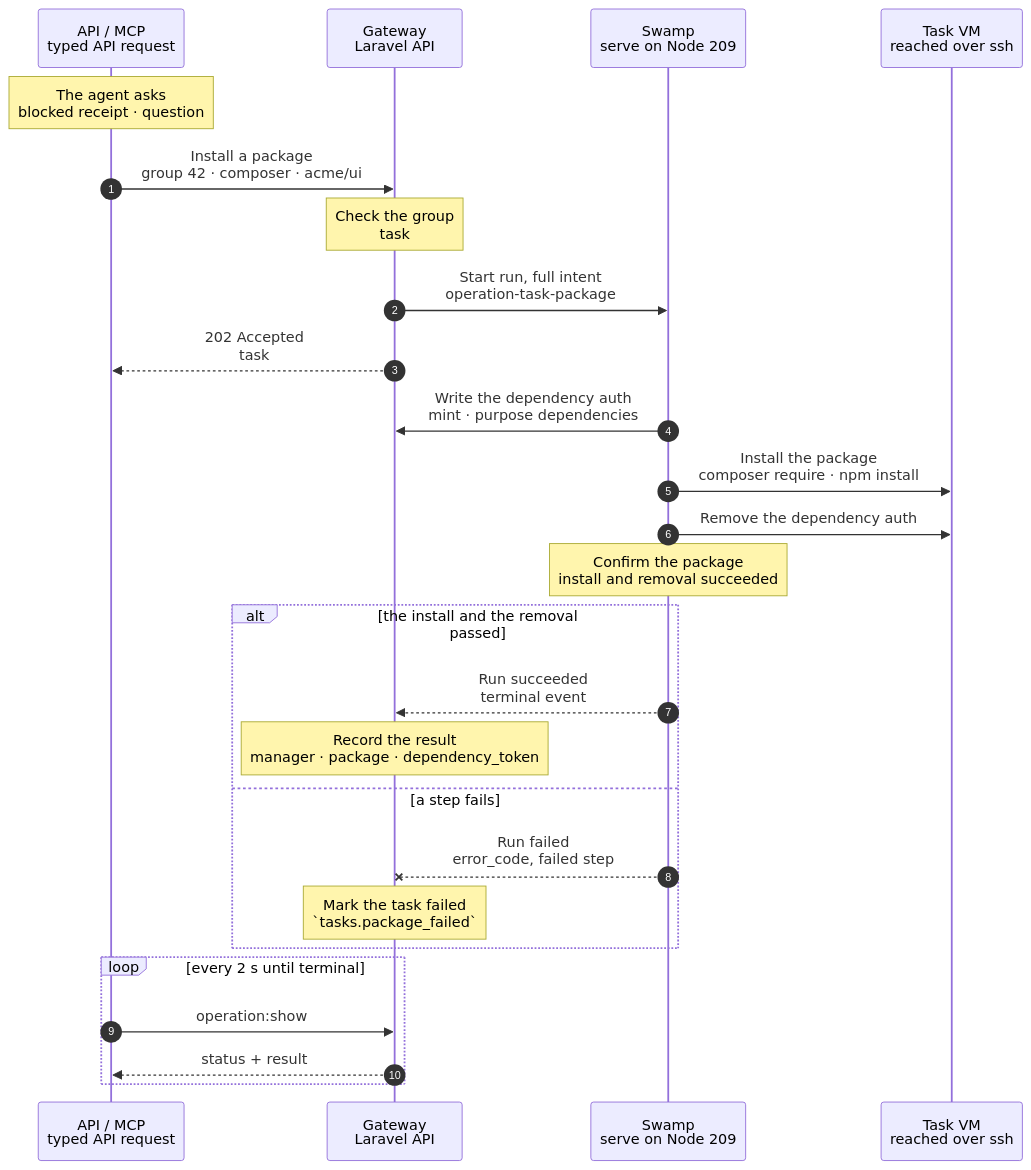
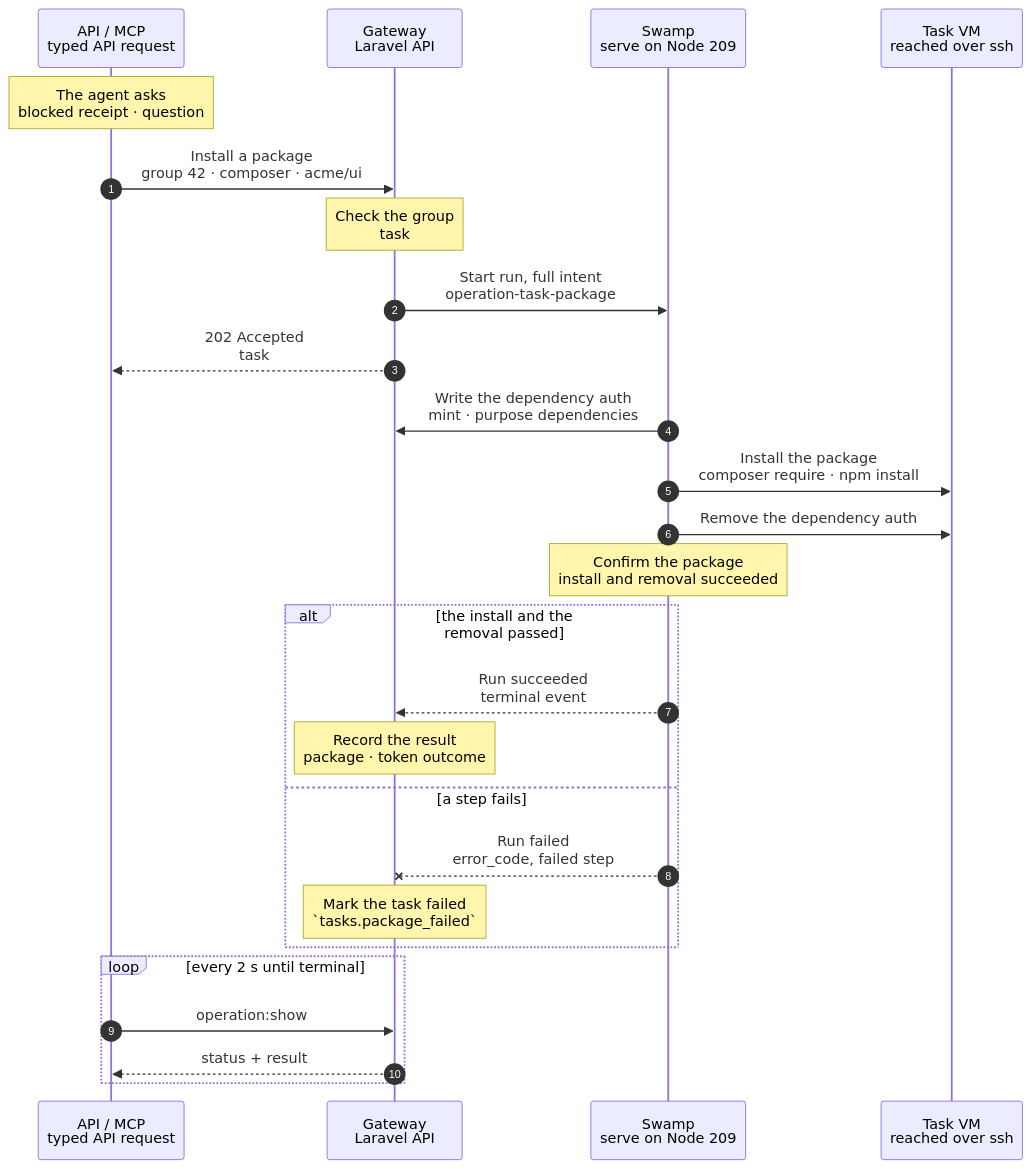
Before and after one commit to hardimpactdev/orbit: the diagram in docs/cli/tasks/package.mmd, drawn with Mermaid.

Commit message:
Shorten the package chart note

```diff
--- a/docs/cli/tasks/package.mmd
+++ b/docs/cli/tasks/package.mmd
@@ -1,67 +1,67 @@
 sequenceDiagram
   %% Target design: Nick 2026-11-06, "a new private package mid-task: the agent asks for it through assistance, and a step installs it". docs/reference/tasks.md#install-a-private-package.
   %% status: migrated
   %% command: none · API / MCP (tasks-package)
   %% kind: tasks.package
   autonumber
   %% lane CLI icon=terminal pill=caller tone=gray
   %% lane GW icon=gateway pill=intent tone=blue
   %% lane SW icon=workflow pill=executes tone=green
   %% lane VM icon=terminal pill=target tone=amber
   participant CLI as API / MCP<br/>typed API request
   participant GW as Gateway<br/>Laravel API
   participant SW as Swamp<br/>serve on Node 209
   participant VM as Task VM<br/>reached over ssh
   Note over CLI: The agent asks<br/>blocked receipt · question
   %%> What it does:
   %%> - the agent of group 42 cannot resolve a private package; it ends its turn `blocked` with the package name as its question
   %%> - the Gateway shows the question as assistance on the subtask; nothing else happens
   %%> Who answers:
   %%> - the orchestrator, which decides that the package may be installed, then sends the request below
   CLI->>GW: Install a package<br/>group 42 · composer · acme/ui
   %%> Command:
   %%> - `POST /api/v1/task-groups/42/package` with `manager` (`composer` or `npm`), `package` and an `Idempotency-Key`
   %%> - syntax: the MCP tool `tasks-package` with `group`, `manager`, `package`
   Note over GW: Check the group<br/>task #5170 · key names
   %%> Requirements:
   %%> - your Node has an access grant to the Gateway
   %%> - group 42 is an open external group with its own task VM workspace
   %%> - the package is a name and an optional version constraint, never an option
   %%> - no other task runs on group 42; the Gateway holds one lock per group
   %%> What it does:
   %%> - records the manager, the package, the SSH target and the vault key names of the dependency configuration; it mints no token
   GW->>SW: Start run, full intent<br/>operation-task-package
   GW-->>CLI: 202 Accepted<br/>task #5170
   %%> Next:
   %%> - the caller follows the task with `operation:show`
   SW->>GW: Write the dependency auth<br/>mint · purpose dependencies
   %%> What it does:
   %%> - the shared child workflow asks the Gateway for a read token (`operation:direct:github-token`), then writes the Composer `auth.json` and the `.npmrc` of the task account on the VM, mode 0600
   %%> - the token is minted for this run only and expires within the hour
   SW->>VM: Install the package<br/>composer require · npm install
   %%> What it does:
   %%> - one official `@swamp/ssh exec` argument list in the checkout: `composer require --no-scripts` or `npm install --ignore-scripts`, with the package after `--`
   %%> - the package manager updates `composer.json` and its lock file, or `package.json` and its lock file, in the workspace; nothing is committed
   SW->>VM: Remove the dependency auth
   %%> When:
   %%> - always, after the install, on success and on failure; a failed removal fails the run
   %%> What it does:
   %%> - the shared child workflow deletes both files, then revokes the token (`DELETE installation/token`) so a command that echoed it holds a dead token
   %%> - it reports the outcome as `dependency_token` in the result: `revoked`, `none` (GitHub answered 401) or `unrevoked` with the reason
   %%> - Decided by the orchestrator, for Nick's review: an `unrevoked` token does not fail the run; the files are gone and the token expires within the hour
   Note over SW: Confirm the package<br/>install and removal succeeded
   alt the install and the removal passed
     SW-->>GW: Run succeeded<br/>terminal event
-    Note over GW: Record the result<br/>manager · package · dependency_token
+    Note over GW: Record the result<br/>package · token outcome
     %%> Result:
     %%> - task #5170 succeeds with `manager`, `package` and `dependency_token`; the orchestrator resolves the assistance, and the agent gets a new turn with the package installed
   else a step fails
     SW--xGW: Run failed<br/>error_code, failed step
     Note over GW: Mark the task failed<br/>`tasks.package_failed`
     %%> Retry:
     %%> - a repeat with the same package writes the configuration again; a run cancelled before the removal leaves the files until the token expires or `tasks:cancel` removes the VM
   end
   loop every 2 s until terminal
     CLI->>GW: operation:show #5170
     GW-->>CLI: status + result
   end
```
